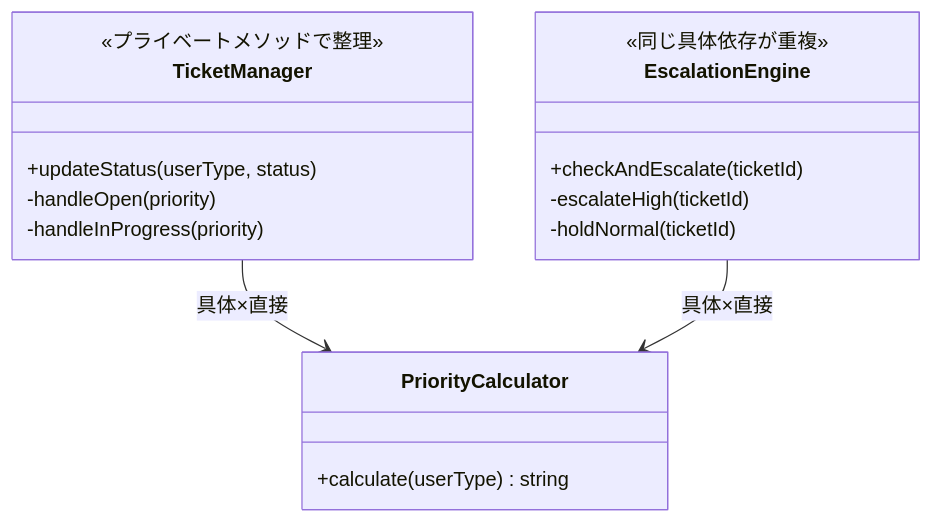
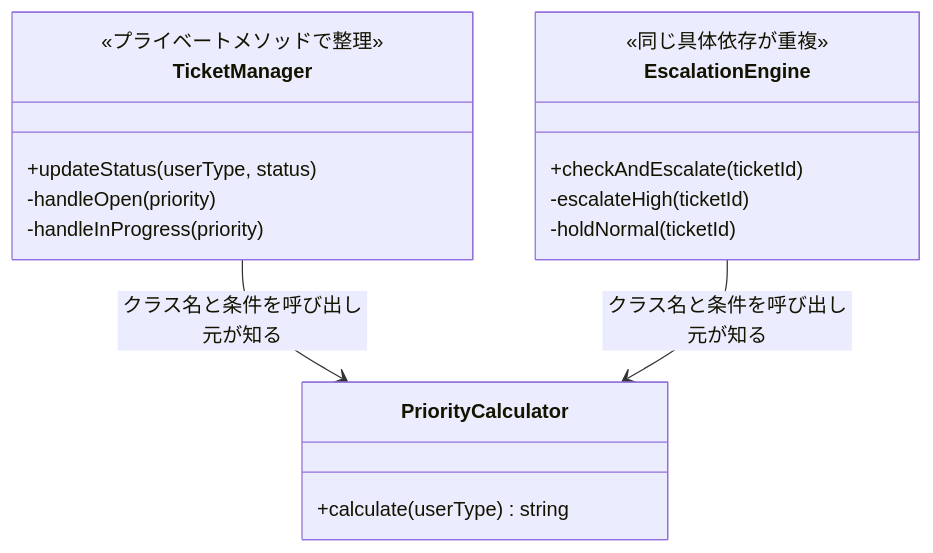
Before and after one commit to kumachan1101-pixel/DesignPattern: the fourth of 11 diagrams in kindle/design-patterns/output/chapter09_2.md, drawn with Mermaid. The commit also changed other lines of this file and 36 other files, not shown here.

````diff
--- a/kindle/design-patterns/output/chapter09_2.md
+++ b/kindle/design-patterns/output/chapter09_2.md
@@ -378,20 +378,20 @@
 ```mermaid
 classDiagram
     class TicketManager {
         <<プライベートメソッドで整理>>
         +updateStatus(userType, status)
         -handleOpen(priority)
         -handleInProgress(priority)
     }
     class EscalationEngine {
         <<同じ具体依存が重複>>
         +checkAndEscalate(ticketId)
         -escalateHigh(ticketId)
         -holdNormal(ticketId)
     }
     class PriorityCalculator {
         +calculate(userType) string
     }
-    TicketManager --> PriorityCalculator : 具体×直接
-    EscalationEngine --> PriorityCalculator : 具体×直接
+    TicketManager --> PriorityCalculator : クラス名と条件を呼び出し元が知る
+    EscalationEngine --> PriorityCalculator : クラス名と条件を呼び出し元が知る
 ```
````
